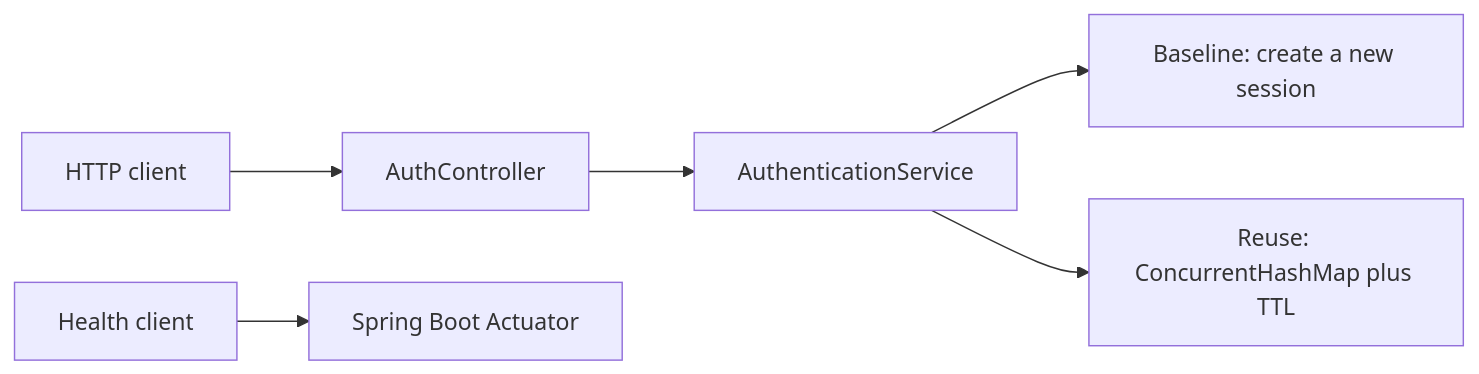
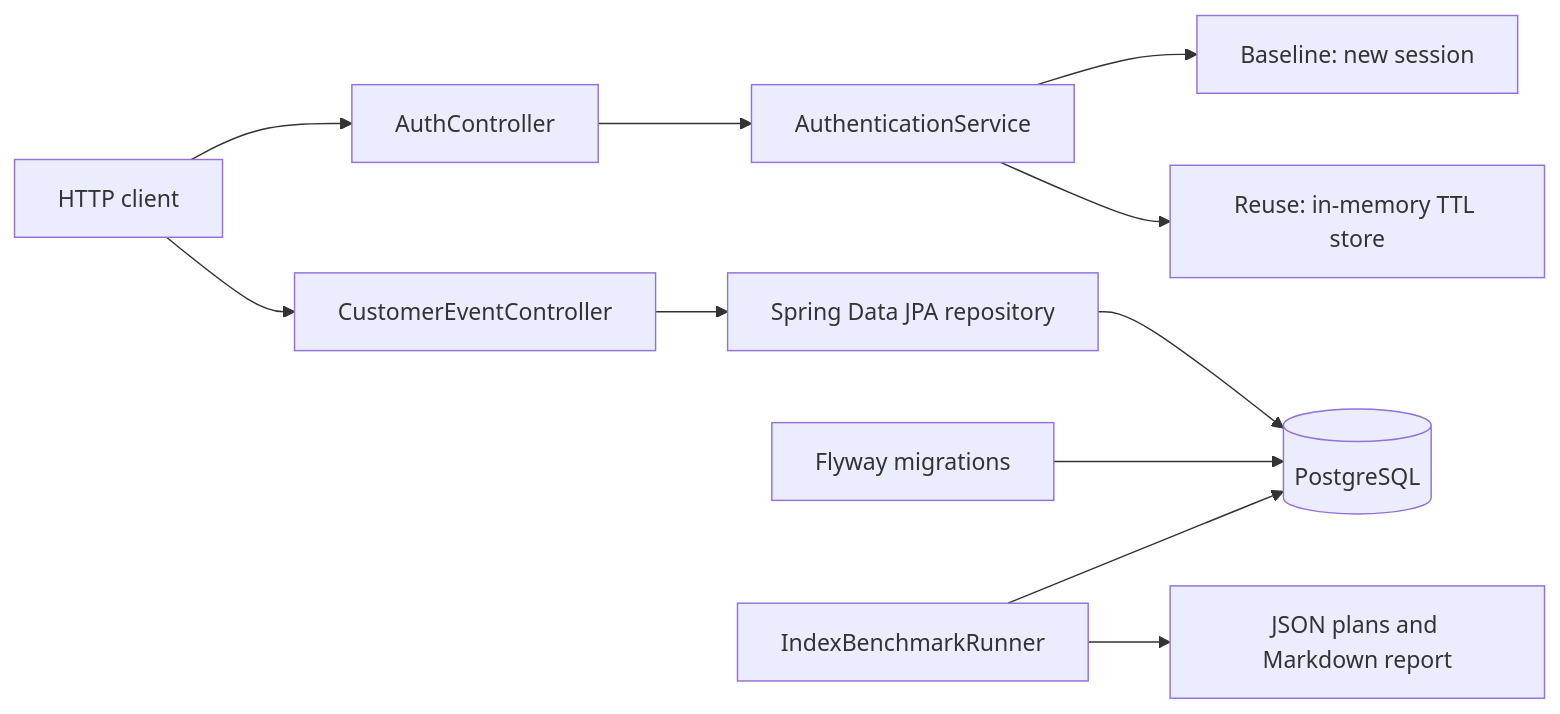
One commit to kennyufish/java-backend-performance-lab changed the diagram in README.md. Above: the diagram before and after it, drawn with Mermaid. The commit also changed other lines of this file and 16 other files, not shown here.

Commit message:
Add PostgreSQL indexing benchmark

````diff
--- a/README.md
+++ b/README.md
@@ -20,8 +21,14 @@
 ```mermaid
 flowchart LR
     C["HTTP client"] --> A["AuthController"]
-    A --> S["AuthenticationService"]
-    S --> B["Baseline: create a new session"]
-    S --> R["Reuse: ConcurrentHashMap plus TTL"]
-    H["Health client"] --> AC["Spring Boot Actuator"]
+    A --> AS["AuthenticationService"]
+    AS --> B["Baseline: new session"]
+    AS --> R["Reuse: in-memory TTL store"]
+
+    C --> E["CustomerEventController"]
+    E --> J["Spring Data JPA repository"]
+    J --> P[("PostgreSQL")]
+    F["Flyway migrations"] --> P
+    BR["IndexBenchmarkRunner"] --> P
+    BR --> O["JSON plans and Markdown report"]
 ```
````
